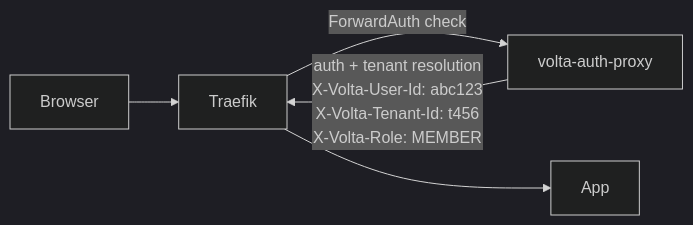
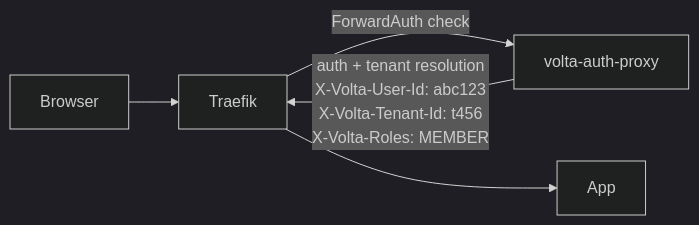
One commit to opaopa6969/volta-auth-proxy changed the first of 14 diagrams in README.md. Above: the diagram before and after it, drawn with Mermaid (dark theme). The commit also changed other lines of this file and 2 other files, not shown here.

First line of the commit message:
docs: sync auth-proxy docs with code (header name, tagline, state count)

````diff
--- a/README.md
+++ b/README.md
@@ -54,7 +54,7 @@
 ```mermaid
 flowchart LR
     Browser --> Traefik
     Traefik -->|ForwardAuth check| Volta[volta-auth-proxy]
-    Volta -->|auth + tenant resolution<br/>X-Volta-User-Id: abc123<br/>X-Volta-Tenant-Id: t456<br/>X-Volta-Role: MEMBER| Traefik
+    Volta -->|auth + tenant resolution<br/>X-Volta-User-Id: abc123<br/>X-Volta-Tenant-Id: t456<br/>X-Volta-Roles: MEMBER| Traefik
     Traefik --> App
 ```
````
